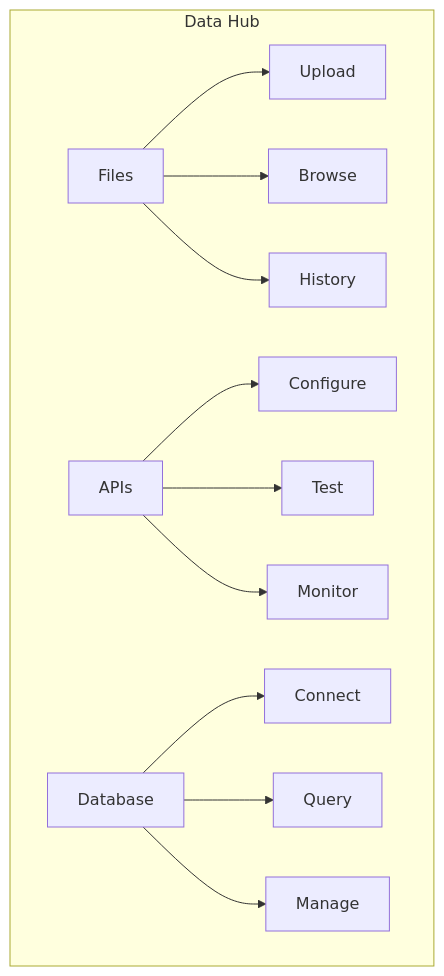
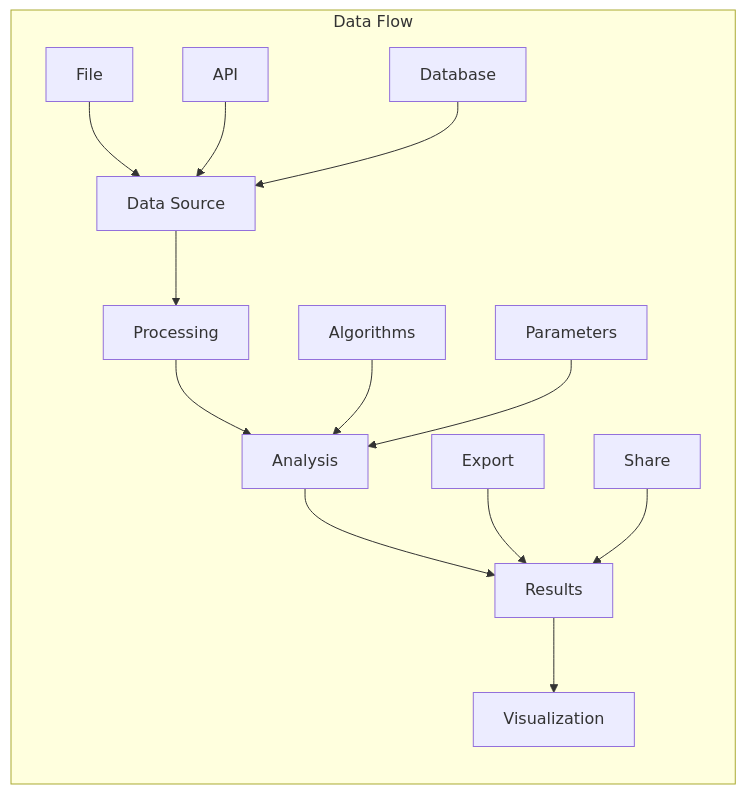
One commit to bhadkamkar9snehil/GeneralAnalyser changed the fifth of 23 diagrams in UI_UX_DESIGN.md. Above: the diagram before and after it, drawn with Mermaid. The commit also changed other lines of this file, not shown here.

````diff
--- a/UI_UX_DESIGN.md
+++ b/UI_UX_DESIGN.md
@@ -51,16 +200,19 @@
 ```mermaid
-graph TD
-    subgraph Data Hub
-        A1[Files] --> A2[Upload]
-        A1 --> A3[Browse]
-        A1 --> A4[History]
+graph LR
+    subgraph Data Flow
+        A[Data Source] --> B[Processing]
+        B --> C[Analysis]
+        C --> D[Results]
+        D --> E[Visualization]
         
-        B1[APIs] --> B2[Configure]
-        B1 --> B3[Test]
-        B1 --> B4[Monitor]
+        B1[File] --> A
+        B2[API] --> A
+        B3[Database] --> A
         
-        C1[Database] --> C2[Connect]
-        C1 --> C3[Query]
-        C1 --> C4[Manage]
+        C1[Algorithms] --> C
+        C2[Parameters] --> C
+        
+        D1[Export] --> D
+        D2[Share] --> D
     end
 ```
````
